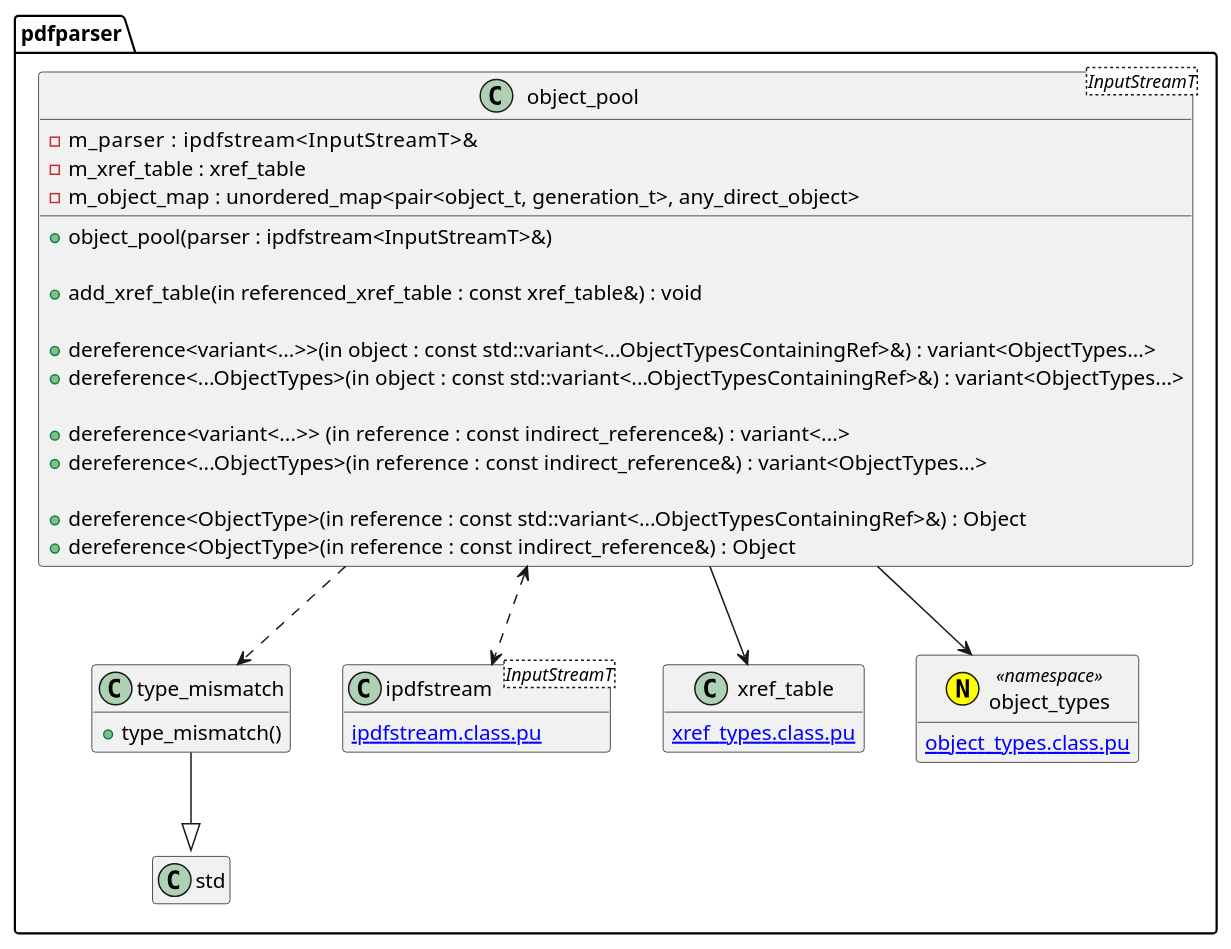
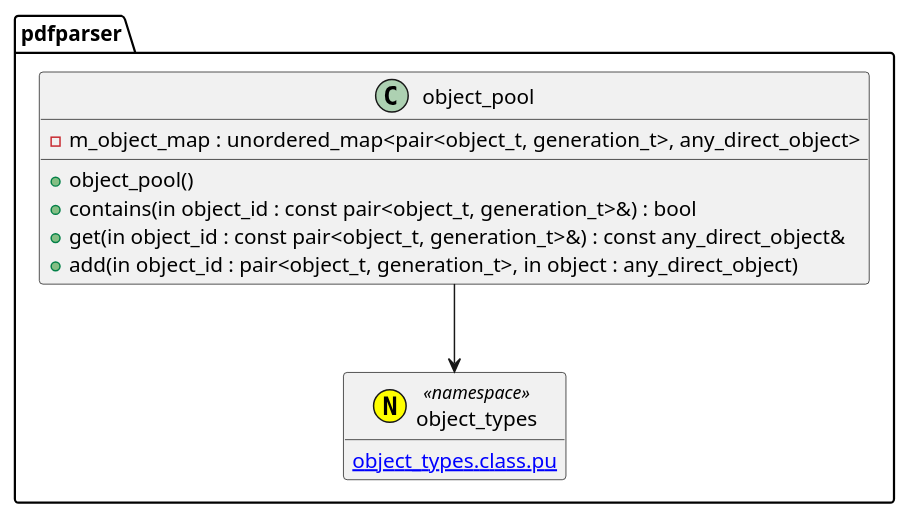
One commit to KodaiYM/PDFReader changed the diagram in document/document_reader/object_pool/object_pool.class.pu. Above: the diagram before and after it, drawn with PlantUML. The commit also changed 3 other files, not shown here.

Commit message:
object_pool 関連の最小限の修正

```diff
--- a/document/document_reader/object_pool/object_pool.class.pu
+++ b/document/document_reader/object_pool/object_pool.class.pu
@@ -1,44 +1,18 @@
 @startuml object_pool
 hide empty members
 namespace pdfparser {
-class type_mismatch {
-	+type_mismatch()
-}
-type_mismatch --|> std::runtime_error
-
-class object_pool<InputStreamT> {
-	-m_parser     : ipdfstream<InputStreamT>&
-	-m_xref_table : xref_table
+class object_pool {
 	-m_object_map : unordered_map<pair<object_t, generation_t>, any_direct_object>
 
-	+object_pool(parser : ipdfstream<InputStreamT>&)
+	+object_pool()
+	+contains(in object_id : const pair<object_t, generation_t>&) : bool
+	+get(in object_id : const pair<object_t, generation_t>&) : const any_direct_object&
+	+add(in object_id : pair<object_t, generation_t>, in object : any_direct_object)
+}
+object_pool --> object_types
 
-	+add_xref_table(in referenced_xref_table : const xref_table&) : void
-
-	' NOTE: variant 版は必要になったら実装
-	+dereference<variant<...>>(in object : const std::variant<...ObjectTypesContainingRef>&) : variant<ObjectTypes...>
-	+dereference<...ObjectTypes>(in object : const std::variant<...ObjectTypesContainingRef>&) : variant<ObjectTypes...>
-
-	' NOTE: variant 版は必要になったら実装
-	+dereference<variant<...>>  (in reference : const indirect_reference&) : variant<...>
-	+dereference<...ObjectTypes>(in reference : const indirect_reference&) : variant<ObjectTypes...>
-
-	+dereference<ObjectType>(in reference : const std::variant<...ObjectTypesContainingRef>&) : Object
-	+dereference<ObjectType>(in reference : const indirect_reference&) : Object
-}
-object_pool <..> ipdfstream
-object_pool --> xref_table
-object_pool --> object_types
-object_pool ..> type_mismatch
-
-class ipdfstream<InputStreamT> {
-	[[ipdfstream.class.pu]]
-}
-class xref_table {
-	[[xref_types.class.pu]]
-}
 annotation object_types <<(N, yellow) namespace>> {
 	[[object_types.class.pu]]
 }
 }
 @enduml
```
